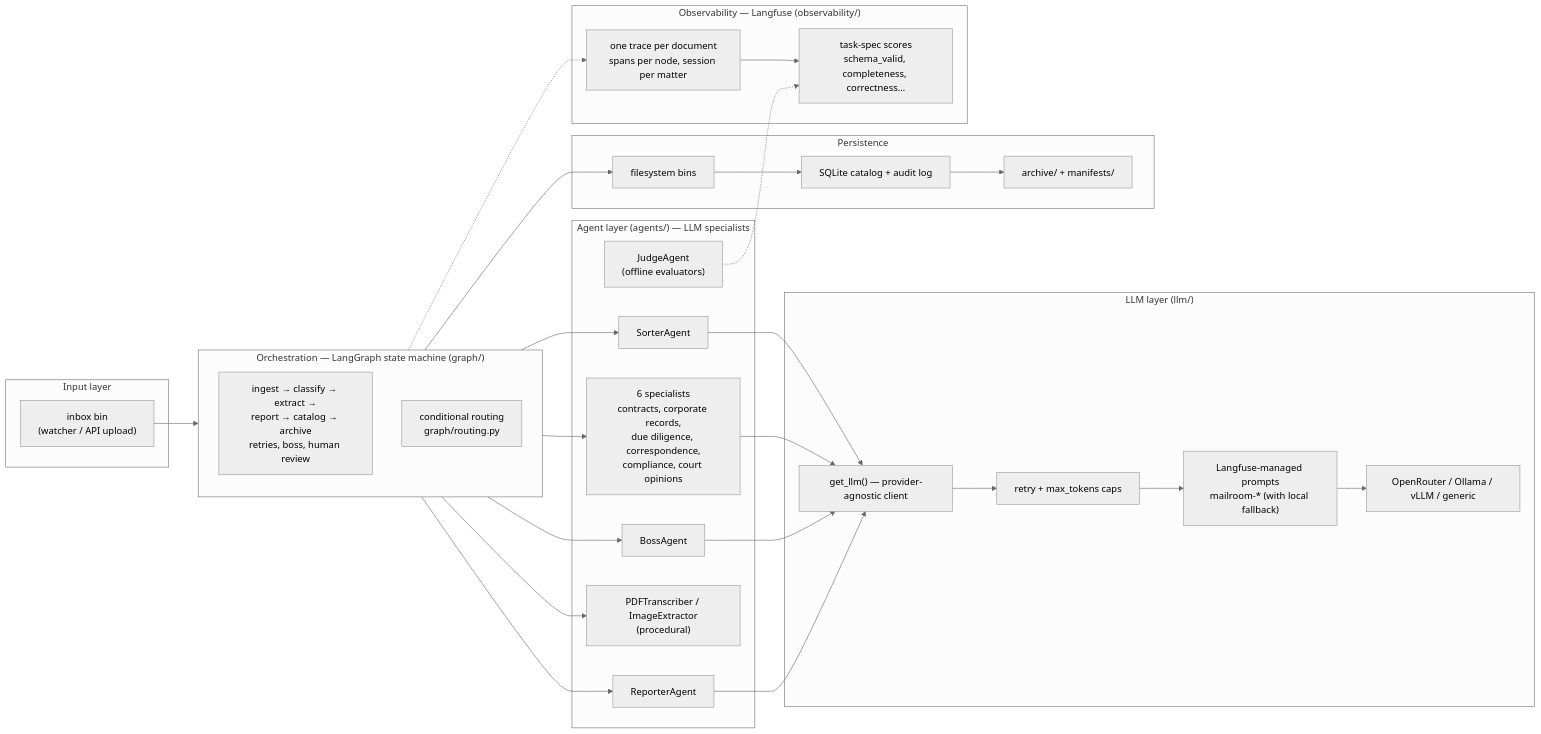
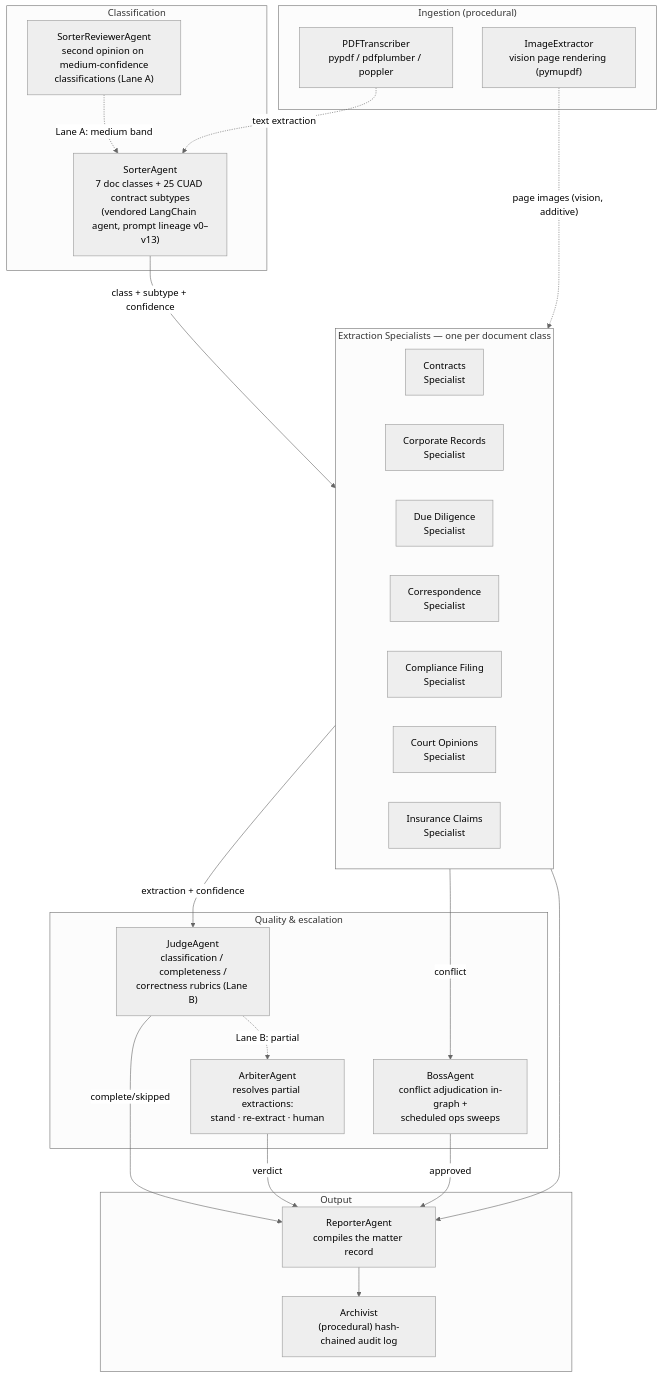
The second of 2 diagrams in README.md (Exios66/llm-mailroom), drawn with Mermaid (neutral theme) before and after one commit. The commit also changed other lines of this file and 4 other files, not shown here.

````diff
--- a/README.md
+++ b/README.md
@@ -111,48 +168,46 @@
 ```mermaid
-flowchart LR
-    subgraph IN["Input layer"]
-        INBOX["inbox bin<br/>(watcher / API upload)"]
+flowchart TB
+    subgraph CLASSIFY["Classification"]
+        SORTER["SorterAgent<br/>7 doc classes + 25 CUAD contract subtypes<br/>(vendored LangChain agent, prompt lineage v0–v13)"]
+        REVIEWER["SorterReviewerAgent<br/>second opinion on medium-confidence<br/>classifications (Lane A)"]
     end
 
-    subgraph ORCH["Orchestration — LangGraph state machine (graph/)"]
-        direction TB
-        NODES["ingest → classify → extract →<br/>report → catalog → archive<br/>retries, boss, human review"]
-        ROUTING["conditional routing<br/>graph/routing.py"]
+    subgraph SPECIALISTS["Extraction Specialists — one per document class"]
+        CONTRACTS["Contracts<br/>Specialist"]
+        CORP["Corporate Records<br/>Specialist"]
+        DD["Due Diligence<br/>Specialist"]
+        CORR["Correspondence<br/>Specialist"]
+        COMP["Compliance Filing<br/>Specialist"]
+        COURT["Court Opinions<br/>Specialist"]
+        INS["Insurance Claims<br/>Specialist"]
     end
 
-    subgraph AGENTS["Agent layer (agents/) — LLM specialists"]
-        SORTER["SorterAgent"]
-        SPEC["6 specialists<br/>contracts, corporate records,<br/>due diligence, correspondence,<br/>compliance, court opinions"]
-        BOSS["BossAgent"]
-        REPORTER["ReporterAgent"]
-        PDF["PDFTranscriber / ImageExtractor<br/>(procedural)"]
-        JUDGE["JudgeAgent<br/>(offline evaluators)"]
+    subgraph QUALITY["Quality & escalation"]
+        JUDGE["JudgeAgent<br/>classification / completeness /<br/>correctness rubrics (Lane B)"]
+        ARBITER["ArbiterAgent<br/>resolves partial extractions:<br/>stand · re-extract · human"]
+        BOSS["BossAgent<br/>conflict adjudication in-graph +<br/>scheduled ops sweeps"]
     end
 
-    subgraph LLM["LLM layer (llm/)"]
-        CLI["get_llm() — provider-agnostic client"]
-        RETRY["retry + max_tokens caps"]
-        PROMPTS["Langfuse-managed prompts<br/>mailroom-* (with local fallback)"]
-        P["OpenRouter / Ollama / vLLM / generic"]
+    subgraph OUTPUT["Output"]
+        REPORTER["ReporterAgent<br/>compiles the matter record"]
+        ARCHIVIST["Archivist<br/>(procedural) hash-chained audit log"]
     end
 
-    subgraph PERSIST["Persistence"]
-        BINS["filesystem bins"]
-        SQLITE["SQLite catalog + audit log"]
-        ARCHIVE2["archive/ + manifests/"]
+    subgraph INGEST2["Ingestion (procedural)"]
+        PDF["PDFTranscriber<br/>pypdf / pdfplumber / poppler"]
+        IMG["ImageExtractor<br/>vision page rendering (pymupdf)"]
     end
 
-    subgraph OBS["Observability — Langfuse (observability/)"]
-        TRACES["one trace per document<br/>spans per node, session per matter"]
-        SCORES["task-spec scores<br/>schema_valid, completeness, correctness…"]
-    end
-
-    INBOX --> NODES
-    NODES --> SORTER & SPEC & BOSS & REPORTER & PDF
-    SORTER & SPEC & BOSS & REPORTER --> CLI
-    CLI --> RETRY --> PROMPTS --> P
-    NODES --> BINS --> SQLITE --> ARCHIVE2
-    NODES -.-> TRACES
-    TRACES --> SCORES
-    JUDGE -.-> SCORES
+    SORTER -- "class + subtype + confidence" --> SPECIALISTS
+    REVIEWER -. "Lane A: medium band" .-> SORTER
+    SPECIALISTS -- "extraction + confidence" --> JUDGE
+    JUDGE -. "Lane B: partial" .-> ARBITER
+    SPECIALISTS -- "conflict" --> BOSS
+    SPECIALISTS --> REPORTER
+    JUDGE -- "complete/skipped" --> REPORTER
+    ARBITER -- "verdict" --> REPORTER
+    BOSS -- "approved" --> REPORTER
+    REPORTER --> ARCHIVIST
+    PDF -. "text extraction" .-> SORTER
+    IMG -. "page images (vision, additive)" .-> SPECIALISTS
 ```
````
